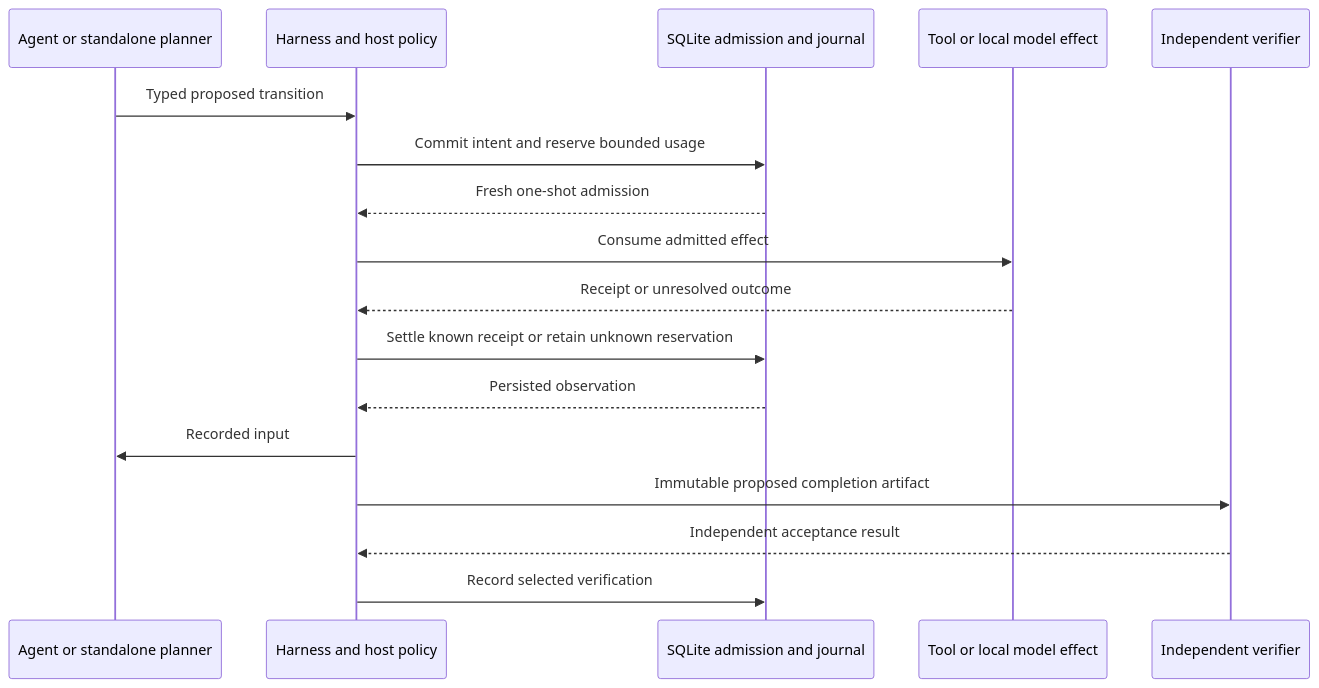
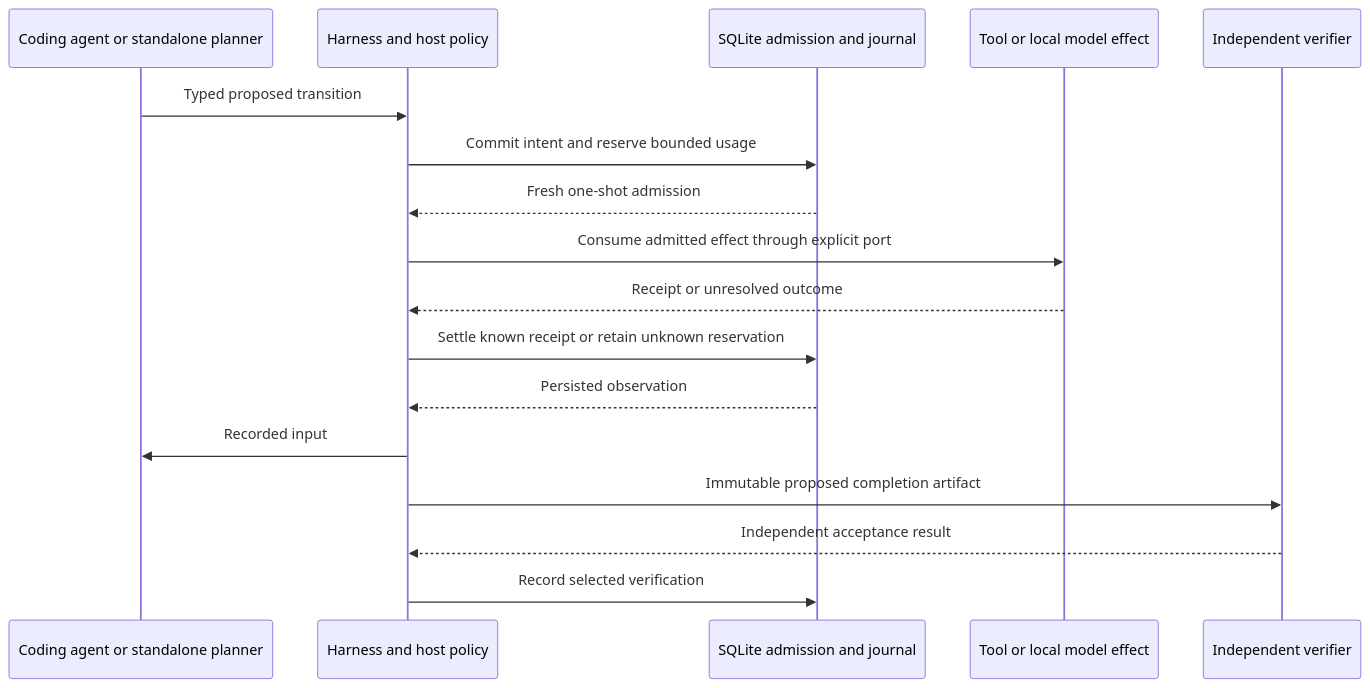
Before and after one commit to kmosoti/Metron: the second of 2 diagrams in docs/architecture/overview.md, drawn with Mermaid. The commit also changed other lines of this file and 46 other files, not shown here.

````diff
--- a/docs/architecture/overview.md
+++ b/docs/architecture/overview.md
@@ -42,19 +43,19 @@
 ```mermaid
 sequenceDiagram
-    participant C as Agent or standalone planner
+    participant C as Coding agent or standalone planner
     participant H as Harness and host policy
     participant S as SQLite admission and journal
     participant E as Tool or local model effect
     participant V as Independent verifier
     C->>H: Typed proposed transition
     H->>S: Commit intent and reserve bounded usage
     S-->>H: Fresh one-shot admission
-    H->>E: Consume admitted effect
+    H->>E: Consume admitted effect through explicit port
     E-->>H: Receipt or unresolved outcome
     H->>S: Settle known receipt or retain unknown reservation
     S-->>H: Persisted observation
     H->>C: Recorded input
     H->>V: Immutable proposed completion artifact
     V-->>H: Independent acceptance result
     H->>S: Record selected verification
 ```
````
